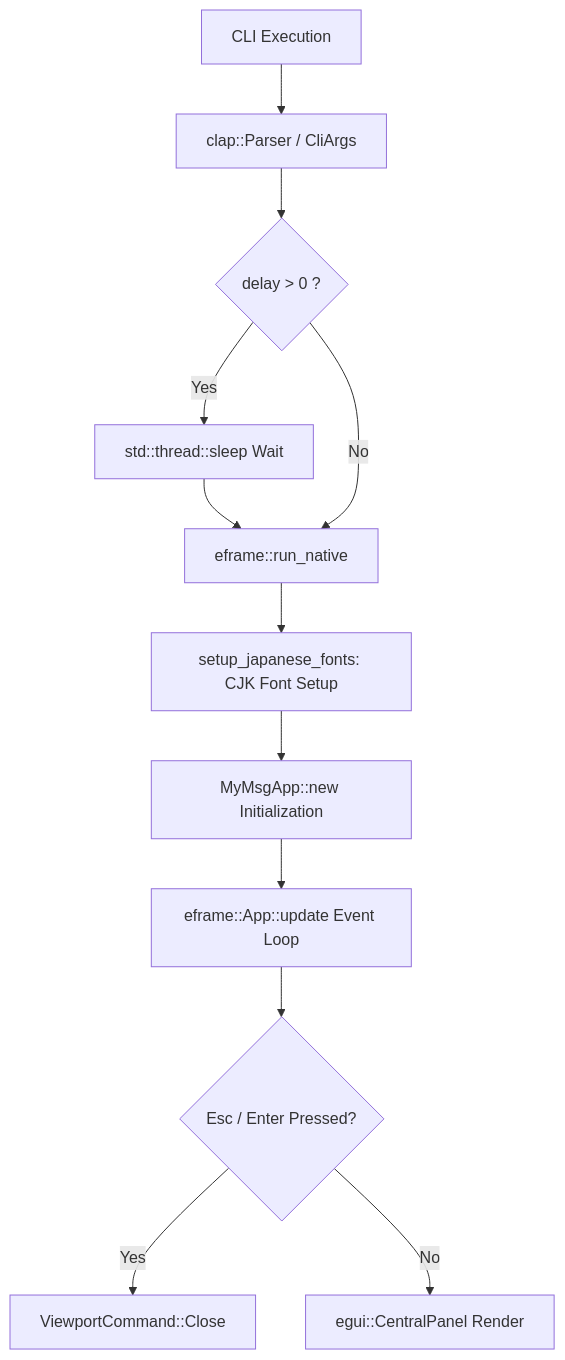
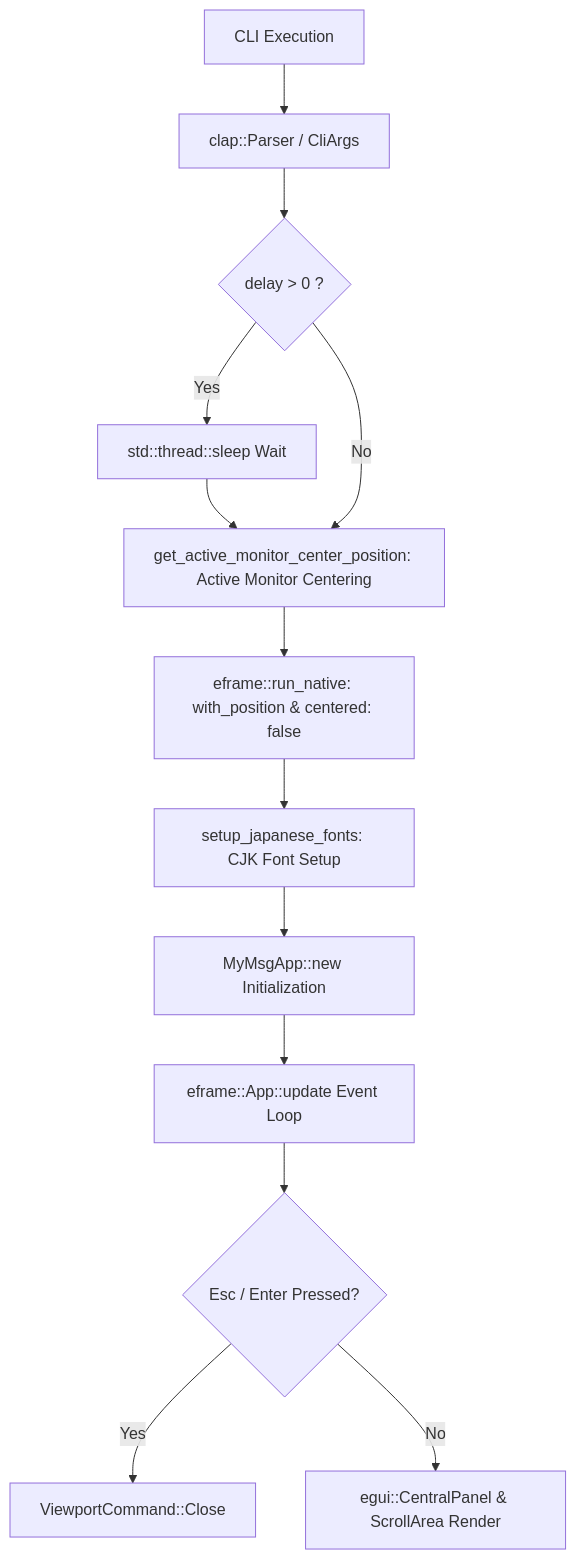
Before and after one commit to tkshnkgwr/MyMsg: the first of 2 diagrams in docs/en/ARCHITECTURE.md, drawn with Mermaid. The commit also changed other lines of this file and 20 other files, not shown here.

````diff
--- a/docs/en/ARCHITECTURE.md
+++ b/docs/en/ARCHITECTURE.md
@@ -11,14 +11,15 @@
 ```mermaid
 graph TD
     CLI[CLI Execution] --> ArgParser[clap::Parser / CliArgs]
     ArgParser --> DelayCheck{delay > 0 ?}
     DelayCheck -- Yes --> Sleep[std::thread::sleep Wait]
-    Sleep --> WinInit[eframe::run_native]
-    DelayCheck -- No --> WinInit
+    Sleep --> MonDetect[get_active_monitor_center_position: Active Monitor Centering]
+    DelayCheck -- No --> MonDetect
+    MonDetect --> WinInit[eframe::run_native: with_position & centered: false]
     WinInit --> FontSetup[setup_japanese_fonts: CJK Font Setup]
     FontSetup --> AppState[MyMsgApp::new Initialization]
     AppState --> EventLoop[eframe::App::update Event Loop]
     EventLoop --> KeyCheck{Esc / Enter Pressed?}
     KeyCheck -- Yes --> CloseCmd[ViewportCommand::Close]
-    KeyCheck -- No --> Render[egui::CentralPanel Render]
+    KeyCheck -- No --> Render[egui::CentralPanel & ScrollArea Render]
 ```
````
